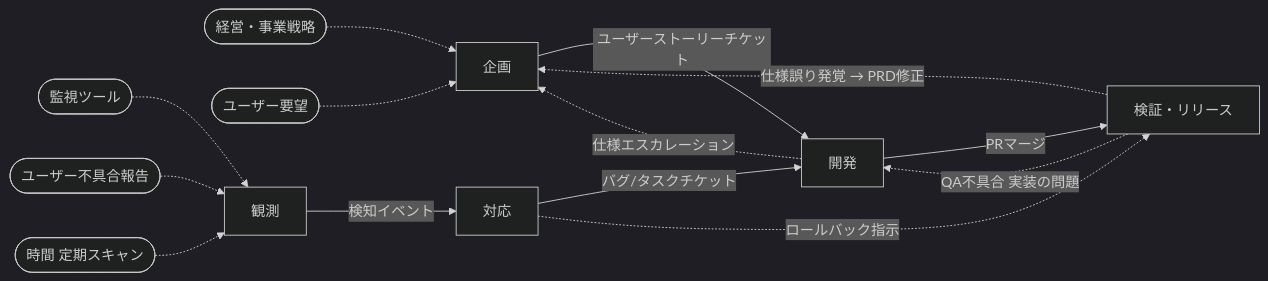
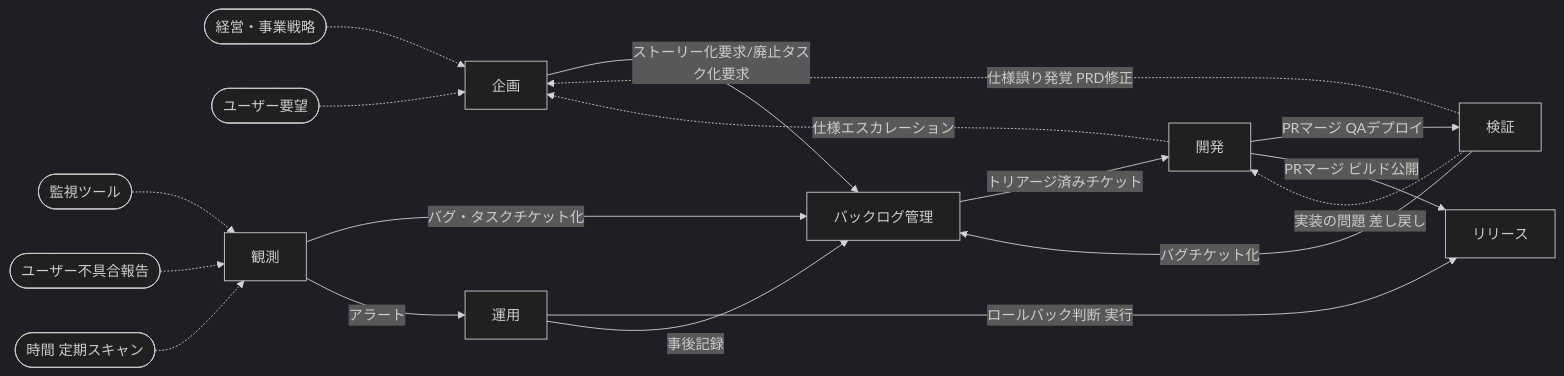
One commit to kuchita-el/claude-shared-skills changed the second of 2 diagrams in docs/big-picture.md. Above: the diagram before and after it, drawn with Mermaid (dark theme). The commit also changed other lines of this file and 2 other files, not shown here.

````diff
--- a/docs/big-picture.md
+++ b/docs/big-picture.md
@@ -169,16 +217,21 @@
 ```mermaid
 graph LR
     外部1([経営・事業戦略]) -.-> 企画
     外部2([ユーザー要望]) -.-> 企画
-    企画 -->|ユーザーストーリーチケット| 開発
-    開発 -->|PRマージ| QR[検証・リリース]
     外部3([監視ツール]) -.-> 観測
     外部4([ユーザー不具合報告]) -.-> 観測
     外部5([時間 定期スキャン]) -.-> 観測
-    観測 -->|検知イベント| 対応
-    対応 -->|バグ/タスクチケット| 開発
-    対応 -.->|ロールバック指示| QR
+
+    企画 -->|ストーリー化要求/廃止タスク化要求| BL[バックログ管理]
+    観測 -->|バグ・タスクチケット化| BL
+    観測 -->|アラート| 運用
+    検証 -->|バグチケット化| BL
+    検証 -.->|仕様誤り発覚 PRD修正| 企画
+    検証 -.->|実装の問題 差し戻し| 開発
+    運用 -->|ロールバック判断 実行| リリース
+    運用 -->|事後記録| BL
+    BL -->|トリアージ済みチケット| 開発
+    開発 -->|PRマージ QAデプロイ| 検証
+    開発 -->|PRマージ ビルド公開| リリース
     開発 -.->|仕様エスカレーション| 企画
-    QR -.->|仕様誤り発覚 → PRD修正| 企画
-    QR -.->|QA不具合 実装の問題| 開発
 ```
````
